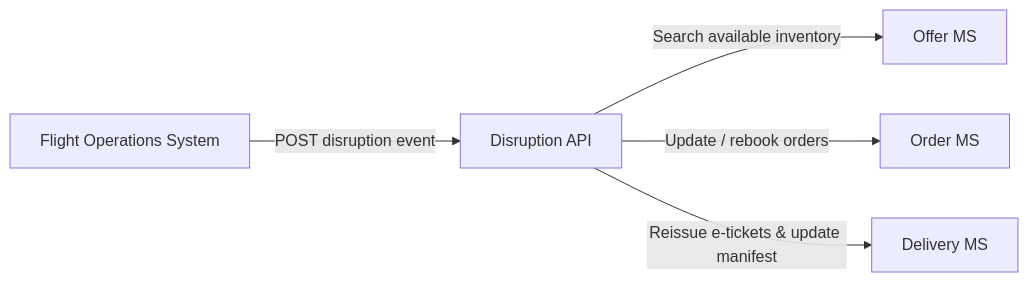
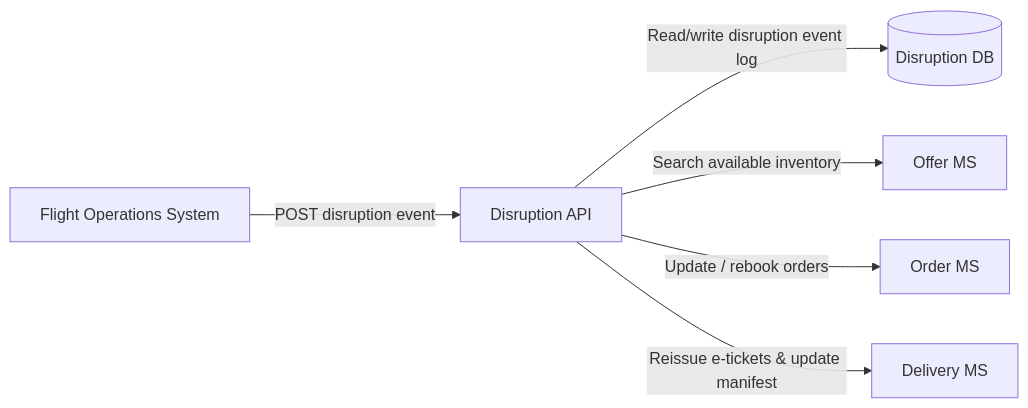
Before and after one commit to sebharvey/airline-reservation-system: diagram 11 of 27 in documentation/design.md, drawn with Mermaid. The commit also changed other lines of this file, not shown here.

First line of the commit message:
docs: resolve CRITICAL — add disruption.DisruptionEvent schema and DB

````diff
--- a/documentation/design.md
+++ b/documentation/design.md
@@ -2035,7 +2035,8 @@
 ```mermaid
 graph LR
     FOS[Flight Operations System] -->|POST disruption event| DISRUPTION_API[Disruption API]
+    DISRUPTION_API -->|Read/write disruption event log| DISRUPTION_DB[(Disruption DB)]
     DISRUPTION_API -->|Search available inventory| OFFER[Offer MS]
     DISRUPTION_API -->|Update / rebook orders| ORDER[Order MS]
     DISRUPTION_API -->|Reissue e-tickets & update manifest| DELIVERY[Delivery MS]
 ```
````
